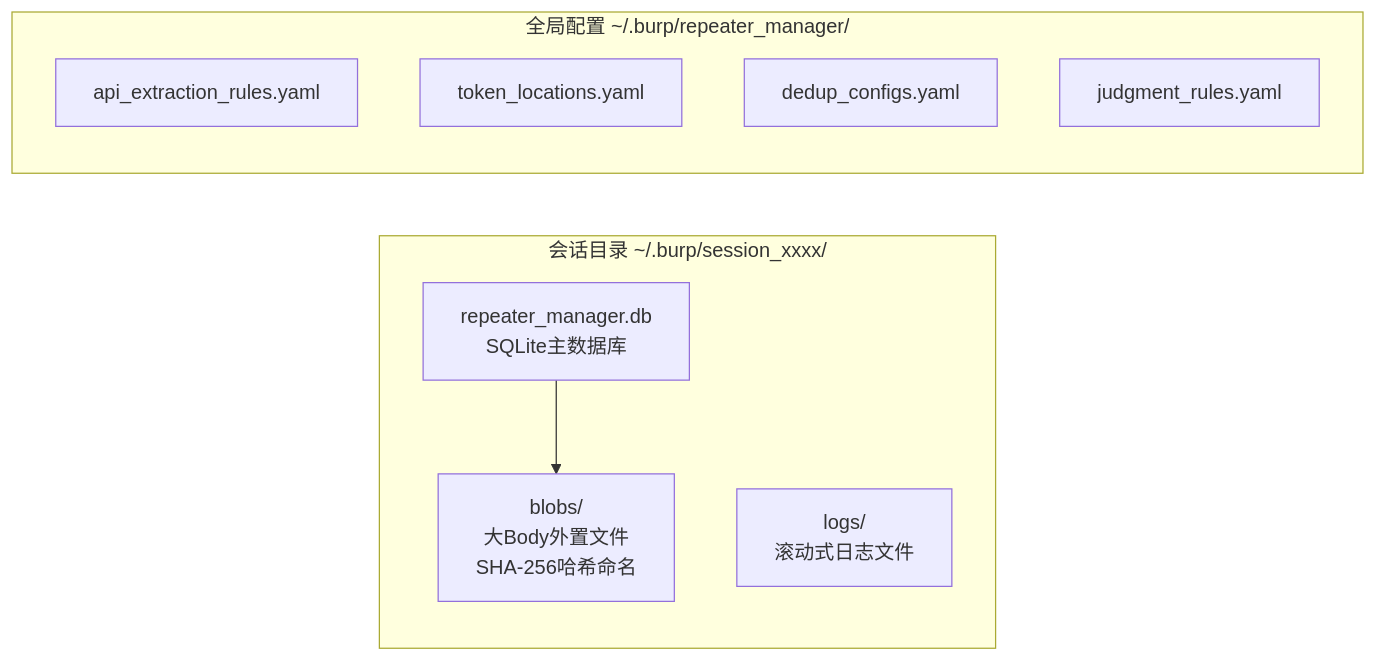
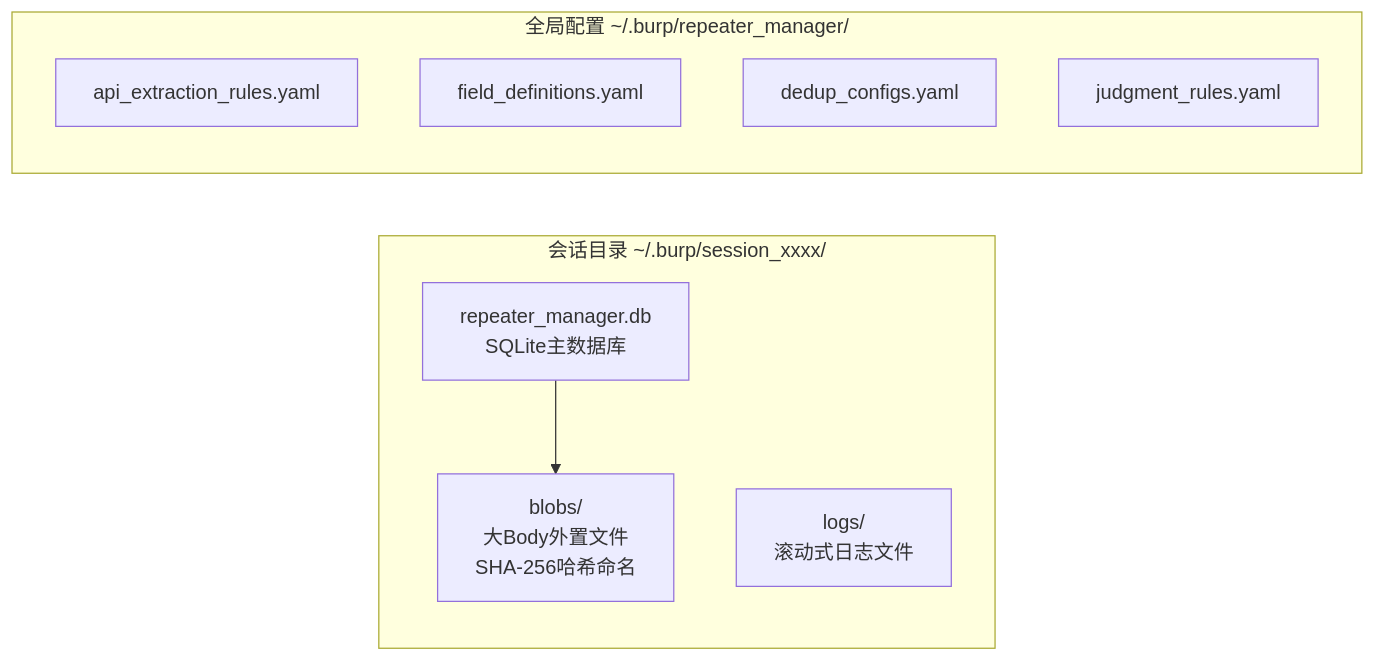
Diagram 28 of 28 in doc/data_flow_analysis.md (GitHubNull/repeaterManger), drawn with Mermaid before and after one commit. The commit also changed other lines of this file and 72 other files, not shown here.

First line of the commit message:
feat(privilege): TokenScheme/TokenLocation 重构为 Scheme/FieldDefinition 体系

````diff
--- a/doc/data_flow_analysis.md
+++ b/doc/data_flow_analysis.md
@@ -1138,17 +1138,17 @@
 ```mermaid
 graph LR
     subgraph SessionDir["会话目录 ~/.burp/session_xxxx/"]
         DB["repeater_manager.db<br/>SQLite主数据库"]
         B["blobs/<br/>大Body外置文件<br/>SHA-256哈希命名"]
         L["logs/<br/>滚动式日志文件"]
     end
 
     subgraph GlobalDir["全局配置 ~/.burp/repeater_manager/"]
         Y1["api_extraction_rules.yaml"]
-        Y2["token_locations.yaml"]
+        Y2["field_definitions.yaml"]
         Y3["dedup_configs.yaml"]
         Y4["judgment_rules.yaml"]
     end
 
     DB --> B
 ```
````
